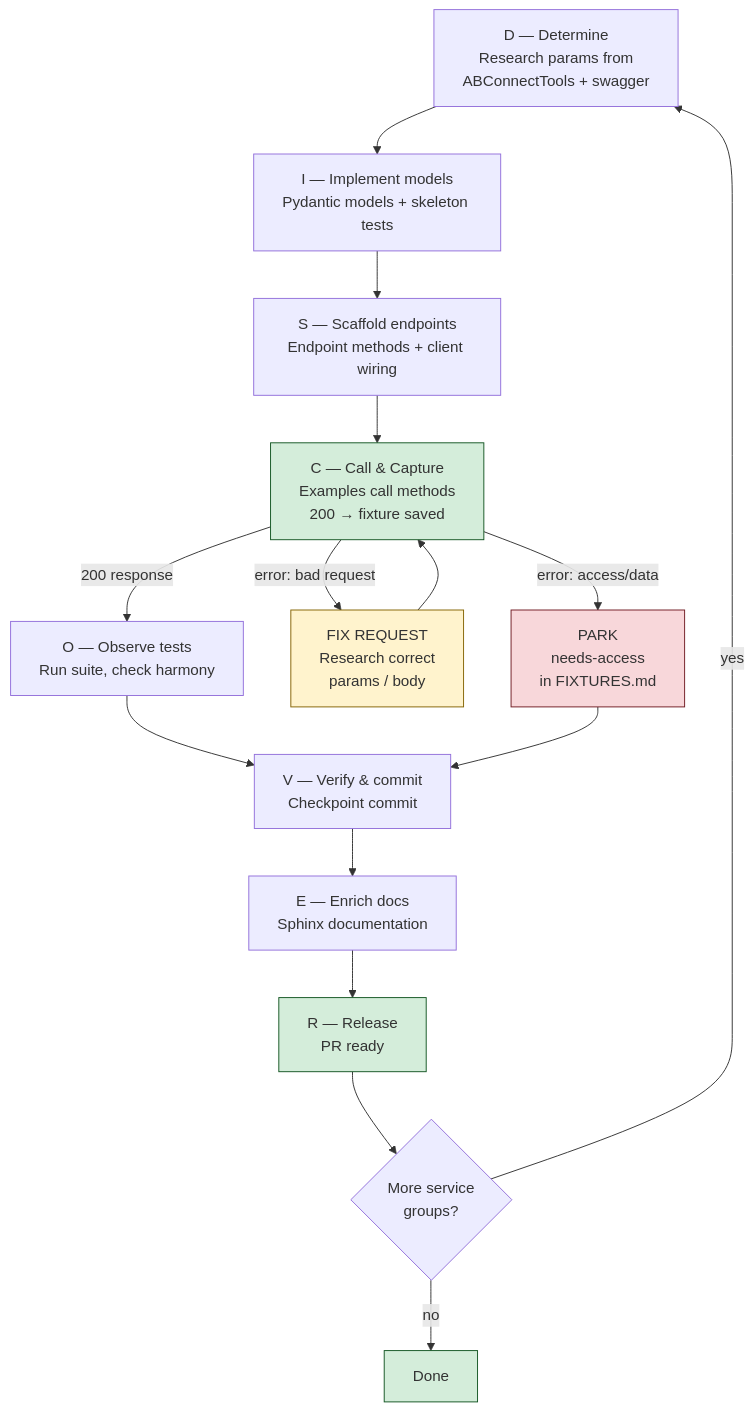
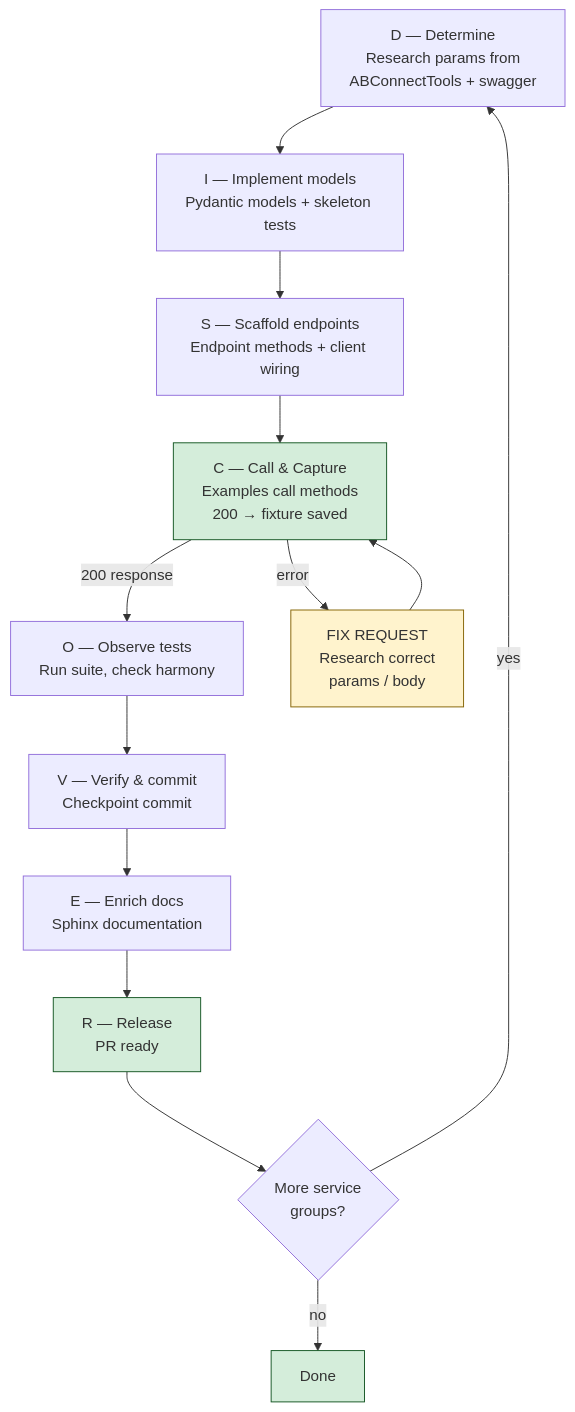
One commit to AnnexBrands/ab changed the diagram in .claude/workflows/DISCOVER.md. Above: the diagram before and after it, drawn with Mermaid. The commit also changed other lines of this file and 6 other files, not shown here.

````diff
--- a/.claude/workflows/DISCOVER.md
+++ b/.claude/workflows/DISCOVER.md
@@ -15,31 +15,27 @@
 ```mermaid
 flowchart TD
     D[D — Determine\nResearch params from\nABConnectTools + swagger]
     I[I — Implement models\nPydantic models + skeleton tests]
     S[S — Scaffold endpoints\nEndpoint methods + client wiring]
     C[C — Call & Capture\nExamples call methods\n200 → fixture saved]
     O[O — Observe tests\nRun suite, check harmony]
     V[V — Verify & commit\nCheckpoint commit]
     E[E — Enrich docs\nSphinx documentation]
     R[R — Release\nPR ready]
     FIX[FIX REQUEST\nResearch correct\nparams / body]
-    PARK[PARK\nneeds-access\nin FIXTURES.md]
     MORE{More service\ngroups?}
 
     D --> I --> S --> C
     C -->|200 response| O
-    C -->|error: bad request| FIX
-    C -->|error: access/data| PARK
+    C -->|error| FIX
     FIX --> C
     O --> V --> E --> R
-    PARK --> V
     R --> MORE
     MORE -->|yes| D
     MORE -->|no| DONE[Done]
 
     style C fill:#d4edda,stroke:#155724
     style FIX fill:#fff3cd,stroke:#856404
-    style PARK fill:#f8d7da,stroke:#721c24
     style R fill:#d4edda,stroke:#155724
     style DONE fill:#d4edda,stroke:#155724
 ```
````
